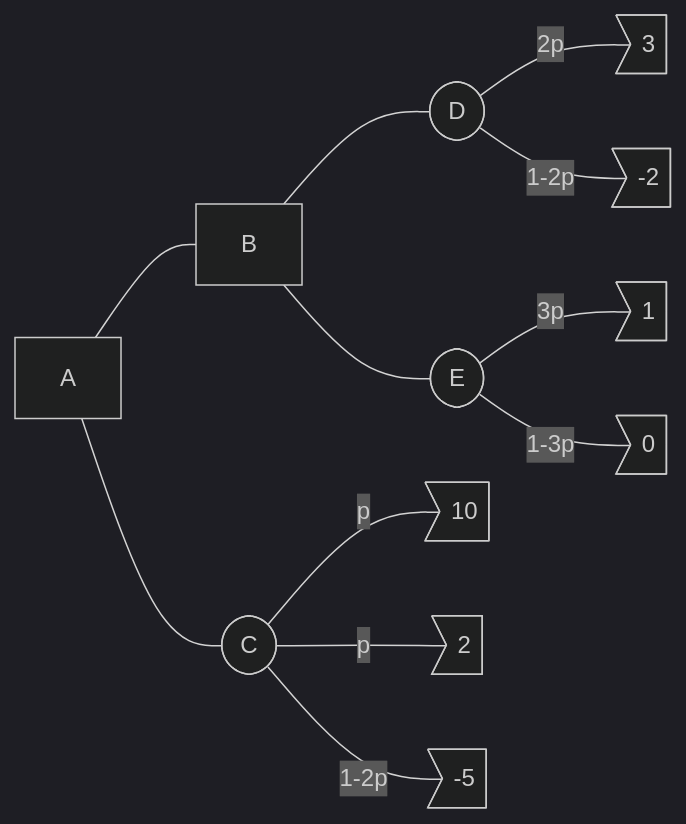
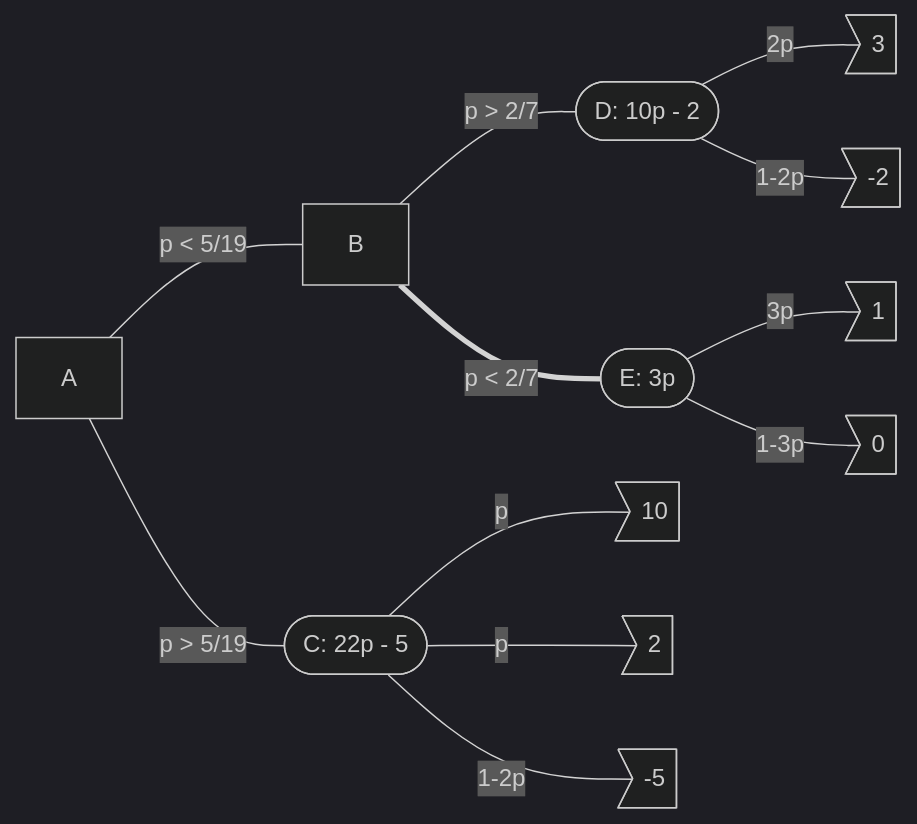
Before and after one commit to jaanos/operacijske-raziskave: the first of 5 diagrams in zapiski/2021/2021-03-22.md, drawn with Mermaid (dark theme). The commit also changed other lines of this file, not shown here.

````diff
--- a/zapiski/2021/2021-03-22.md
+++ b/zapiski/2021/2021-03-22.md
@@ -22,15 +34,15 @@
 ```mermaid
 graph LR
 
-A[A] --- B[B]
-A --- C([C])
-B --- D([D])
-B --- E([E])
+A[A] -- p < 5/19 --- B[B]
+A -- p > 5/19 --- C([C: 22p - 5])
+B -- p > 2/7 --- D([D: 10p - 2])
+B == p < 2/7 === E([E: 3p])
 C -- p --- F>10]
 C -- p --- G>2]
 C -- 1-2p --- H>-5]
 D -- 2p --- I>3]
 D -- 1-2p --- J>-2]
 E -- 3p --- K>1]
 E -- 1-3p --- L>0]
 ```
````
